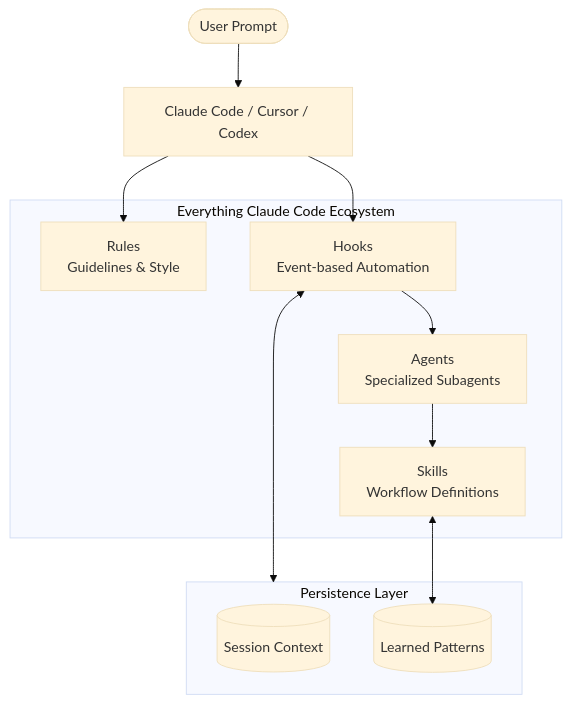
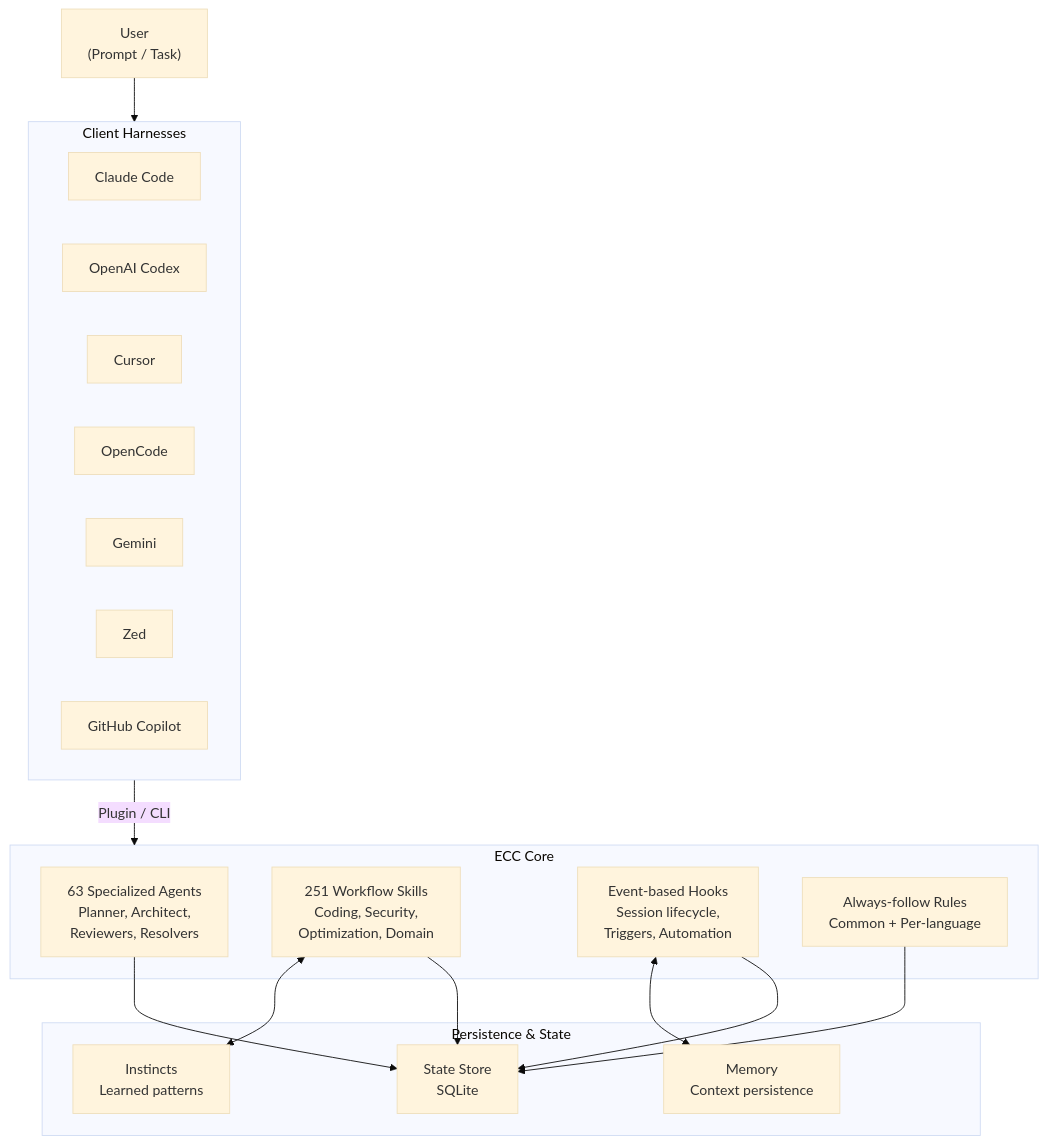
Before and after one commit to sdelrio/golden-forest: the diagram in docs/Develop-Code/AI-Development/Skills-and-Agents/everything-claude-code.md, drawn with Mermaid (base theme). The commit also changed other lines of this file, not shown here.

Commit message:
feat(ia): everything claud code update to v2

````diff
--- a/docs/Develop-Code/AI-Development/Skills-and-Agents/everything-claude-code.md
+++ b/docs/Develop-Code/AI-Development/Skills-and-Agents/everything-claude-code.md
@@ -57,24 +36,33 @@
 ```mermaid
-graph TD
-    User([User Prompt]) --> CLI[Claude Code / Cursor / Codex]
-    
-    subgraph ECC [Everything Claude Code Ecosystem]
-        Rules[Rules<br/>Guidelines & Style]
-        Hooks[Hooks<br/>Event-based Automation]
-        Agents[Agents<br/>Specialized Subagents]
-        Skills[Skills<br/>Workflow Definitions]
+flowchart TB
+    User["User<br/>(Prompt / Task)"]
+
+    subgraph Harnesses["Client Harnesses"]
+        CC["Claude Code"]
+        Codex["OpenAI Codex"]
+        Cur["Cursor"]
+        OC["OpenCode"]
+        Gem["Gemini"]
+        Zed["Zed"]
+        GHC["GitHub Copilot"]
     end
-    
-    CLI --> Rules
-    CLI --> Hooks
-    Hooks --> Agents
-    Agents --> Skills
-    
-    subgraph Data [Persistence Layer]
-        Context[(Session Context)]
-        Instincts[(Learned Patterns)]
+
+    subgraph ECC["ECC Core"]
+        Agents["63 Specialized Agents<br/>Planner, Architect,<br/>Reviewers, Resolvers"]
+        Skills["251 Workflow Skills<br/>Coding, Security,<br/>Optimization, Domain"]
+        Hooks["Event-based Hooks<br/>Session lifecycle,<br/>Triggers, Automation"]
+        Rules["Always-follow Rules<br/>Common + Per-language"]
     end
-    
-    Hooks <--> Data
+
+    subgraph Data["Persistence & State"]
+        Mem["Memory<br/>Context persistence"]
+        Instincts["Instincts<br/>Learned patterns"]
+        State["State Store<br/>SQLite"]
+    end
+
+    User --> Harnesses
+    Harnesses -->|"Plugin / CLI"| ECC
+    Hooks <--> Mem
     Skills <--> Instincts
+    Agents & Skills & Hooks & Rules --> State
 ```
````
